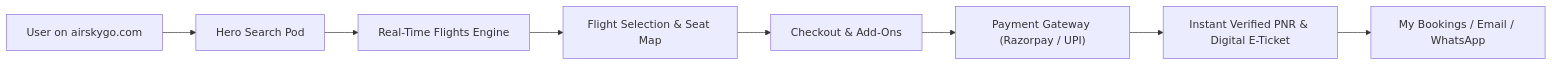
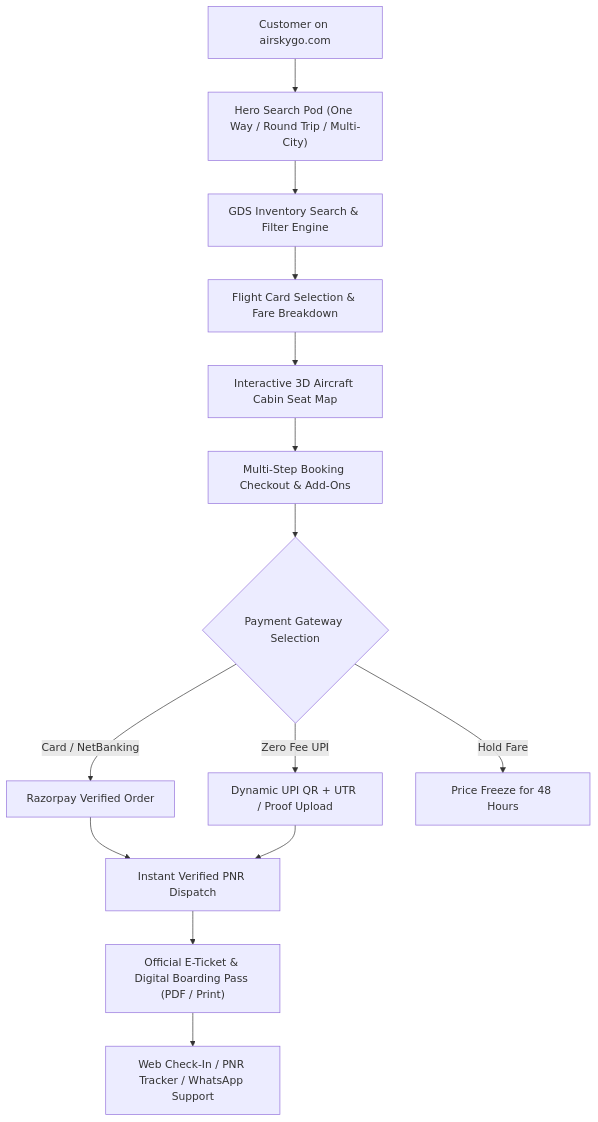
One commit to kapil562/flight changed the diagram in DOCUMENTATION.md. Above: the diagram before and after it, drawn with Mermaid. The commit also changed other lines of this file, not shown here.

````diff
--- a/DOCUMENTATION.md
+++ b/DOCUMENTATION.md
@@ -62,10 +72,16 @@
 ```mermaid
-flowchart LR
-    A["User on airskygo.com"] --> B["Hero Search Pod"]
-    B --> C["Real-Time Flights Engine"]
-    C --> D["Flight Selection & Seat Map"]
-    D --> E["Checkout & Add-Ons"]
-    E --> F["Payment Gateway (Razorpay / UPI)"]
-    F --> G["Instant Verified PNR & Digital E-Ticket"]
-    G --> H["My Bookings / Email / WhatsApp"]
+flowchart TD
+    User["Customer on airskygo.com"] --> Search["Hero Search Pod (One Way / Round Trip / Multi-City)"]
+    Search --> Engine["GDS Inventory Search & Filter Engine"]
+    Engine --> FlightCard["Flight Card Selection & Fare Breakdown"]
+    FlightCard --> SeatMap["Interactive 3D Aircraft Cabin Seat Map"]
+    SeatMap --> Checkout["Multi-Step Booking Checkout & Add-Ons"]
+    Checkout --> Payment{"Payment Gateway Selection"}
+    Payment -->|Card / NetBanking| Razorpay["Razorpay Verified Order"]
+    Payment -->|Zero Fee UPI| UPI["Dynamic UPI QR + UTR / Proof Upload"]
+    Payment -->|Hold Fare| Hold["Price Freeze for 48 Hours"]
+    Razorpay --> PNR["Instant Verified PNR Dispatch"]
+    UPI --> PNR
+    PNR --> ETicket["Official E-Ticket & Digital Boarding Pass (PDF / Print)"]
+    ETicket --> Post["Web Check-In / PNR Tracker / WhatsApp Support"]
 ```
````
